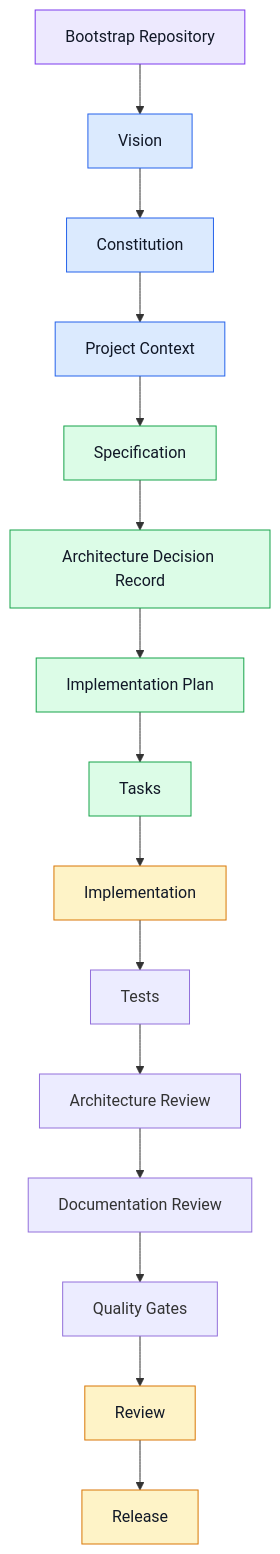
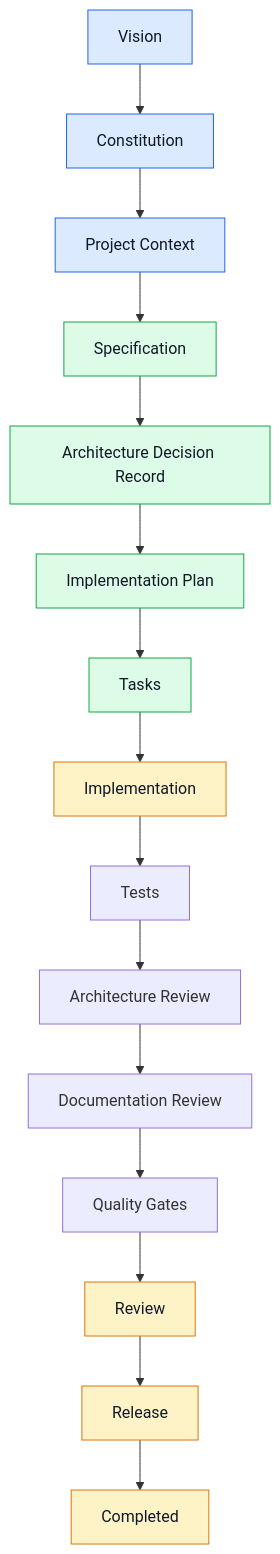
One commit to darpbr/darp-cli changed the diagram in README.md. Above: the diagram before and after it, drawn with Mermaid. The commit also changed other lines of this file and 15 other files, not shown here.

````diff
--- a/README.md
+++ b/README.md
@@ -111,47 +112,46 @@
 ```mermaid
 flowchart TD
-
-    B["Bootstrap Repository"]
 
     V["Vision"]
     C["Constitution"]
     PC["Project Context"]
 
     S["Specification"]
     ADR["Architecture Decision Record"]
     P["Implementation Plan"]
     T["Tasks"]
 
     I["Implementation"]
     TST["Tests"]
     AR["Architecture Review"]
     DR["Documentation Review"]
     QG["Quality Gates"]
     R["Review"]
     REL["Release"]
 
-    B --> V
     V --> C
     C --> PC
     PC --> S
     S --> ADR
     ADR --> P
     P --> T
     T --> I
     I --> TST
     TST --> AR
     AR --> DR
     DR --> QG
     QG --> R
     R --> REL
+    REL --> DONE
+
+    DONE[Completed]
 
     classDef bootstrap fill:#ede9fe,stroke:#7c3aed,color:#111827;
     classDef foundation fill:#dbeafe,stroke:#2563eb,color:#111827;
     classDef planning fill:#dcfce7,stroke:#16a34a,color:#111827;
     classDef execution fill:#fef3c7,stroke:#d97706,color:#111827;
 
-    class B bootstrap;
     class V,C,PC foundation;
     class S,ADR,P,T planning;
-    class I,R,REL execution;
+    class I,R,REL,DONE execution;
 ```
````
